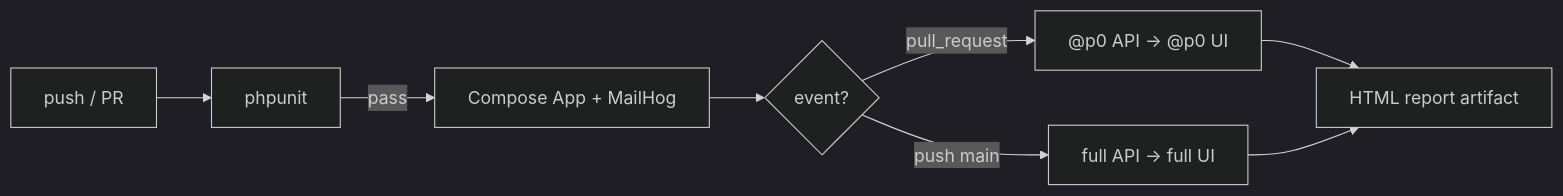
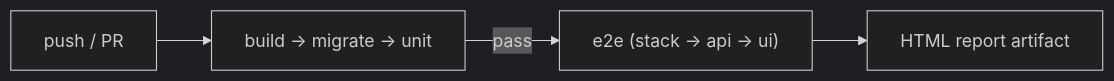
Before and after one commit to Balenciaga33/ps-aqa-tech-task: the diagram in automation/README.md, drawn with Mermaid (dark theme). The commit also changed other lines of this file and 5 other files, not shown here.

First line of the commit message:
ci: clarify job names as build→unit then e2e stack→api→ui

````diff
--- a/automation/README.md
+++ b/automation/README.md
@@ -149,10 +149,6 @@
 ```mermaid
 flowchart LR
-  A[push / PR] --> B[phpunit]
-  B -->|pass| C[Compose App + MailHog]
-  C --> D{event?}
-  D -->|pull_request| E["@p0 API → @p0 UI"]
-  D -->|push main| F[full API → full UI]
-  E --> G[HTML report artifact]
-  F --> G
+  A[push / PR] --> B["build → migrate → unit"]
+  B -->|pass| C["e2e (stack → api → ui)"]
+  C --> D[HTML report artifact]
 ```
````
